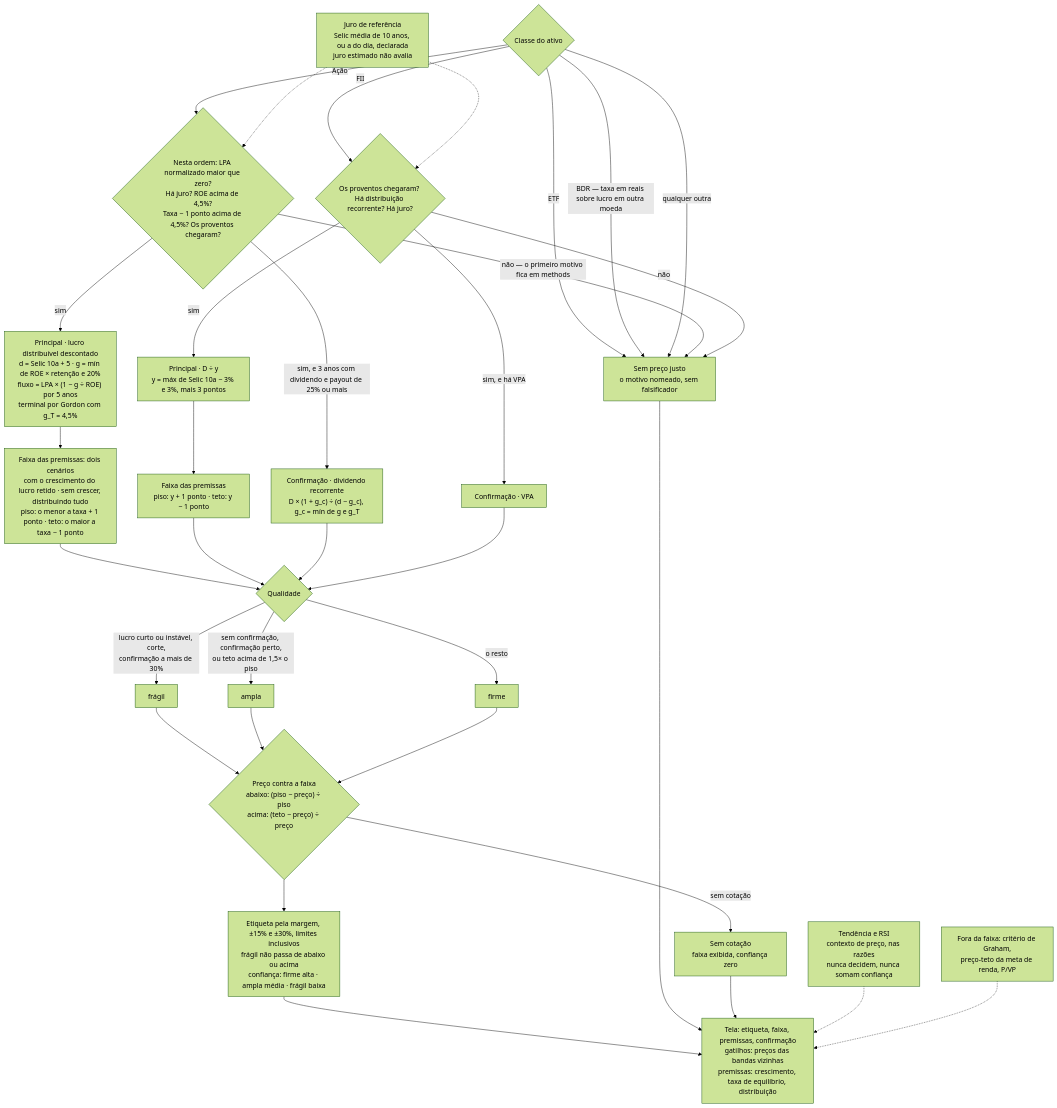
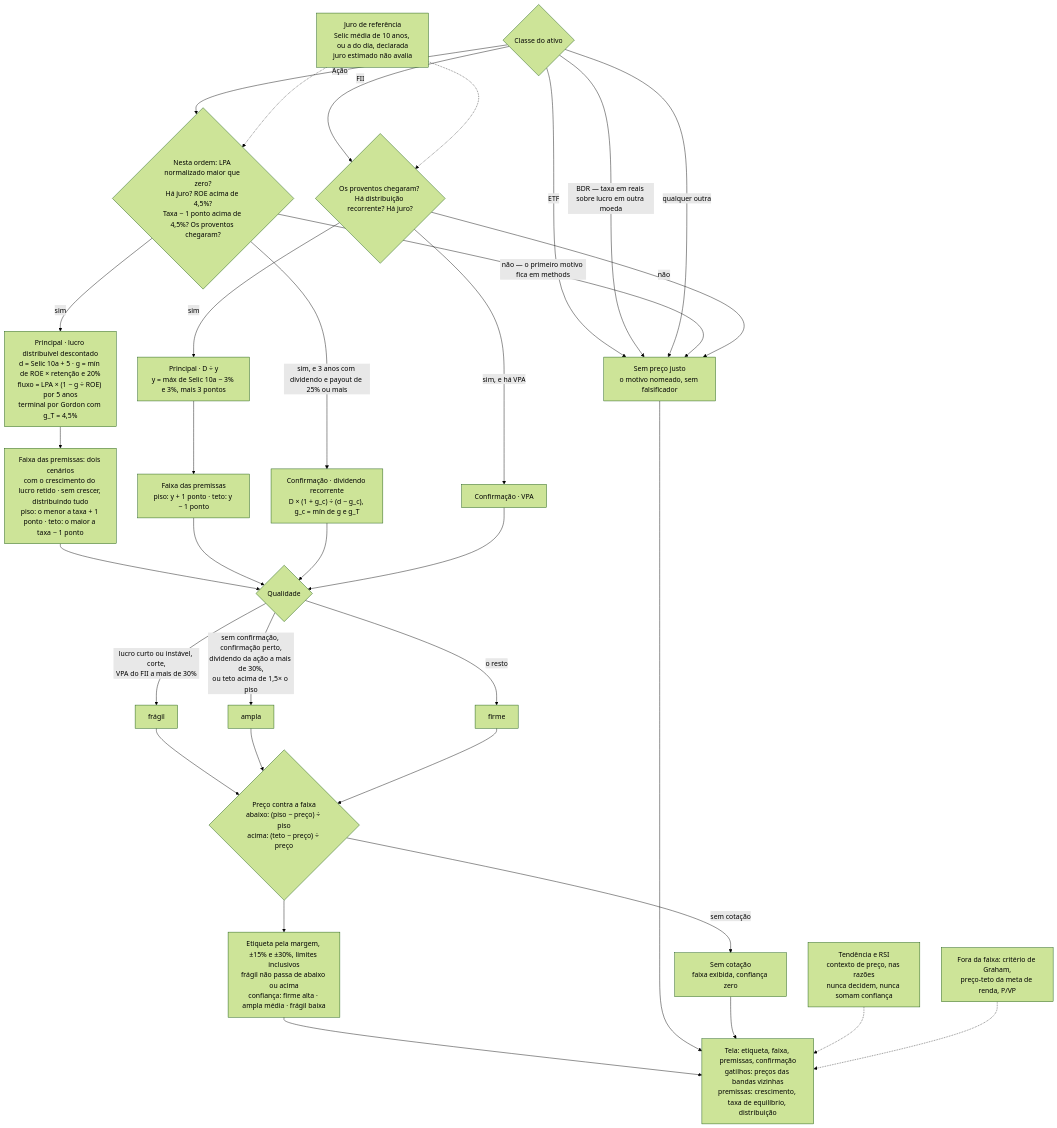
One commit to leodavilats/fiance changed the diagram in docs/04-CALCULOS.md. Above: the diagram before and after it, drawn with Mermaid (forest theme). The commit also changed other lines of this file and 8 other files, not shown here.

First line of the commit message:
feat: na ação, o dividendo longe da faixa alarga a leitura, e não a derruba

````diff
--- a/docs/04-CALCULOS.md
+++ b/docs/04-CALCULOS.md
@@ -338,55 +343,55 @@
 ```mermaid
 flowchart TD
     CLS{"Classe do ativo"}
     CLS -->|"ETF"| SEMV
     CLS -->|"BDR — taxa em reais sobre lucro em outra moeda"| SEMV
     CLS -->|"Ação"| QA
     CLS -->|"FII"| QF
     CLS -->|"qualquer outra"| SEMV
 
     JURO["Juro de referência<br/>Selic média de 10 anos, ou a do dia, declarada<br/>juro estimado não avalia"]
     JURO -.-> QA
     JURO -.-> QF
 
     QA{"Nesta ordem: LPA normalizado maior que zero?<br/>Há juro? ROE acima de 4,5%?<br/>Taxa − 1 ponto acima de 4,5%? Os proventos chegaram?"}
     QA -->|"não — o primeiro motivo fica em methods"| SEMV
     QA -->|"sim"| PA["Principal · lucro distribuível descontado<br/>d = Selic 10a + 5 · g = mín de ROE × retenção e 20%<br/>fluxo = LPA × (1 − g ÷ ROE) por 5 anos<br/>terminal por Gordon com g_T = 4,5%"]
     QA -->|"sim, e 3 anos com dividendo e payout de 25% ou mais"| CA["Confirmação · dividendo recorrente<br/>D × (1 + g_c) ÷ (d − g_c), g_c = mín de g e g_T"]
 
     QF{"Os proventos chegaram? Há distribuição recorrente? Há juro?"}
     QF -->|"não"| SEMV
     QF -->|"sim"| PF["Principal · D ÷ y<br/>y = máx de Selic 10a − 3% e 3%, mais 3 pontos"]
     QF -->|"sim, e há VPA"| CF["Confirmação · VPA"]
 
     PA --> FX["Faixa das premissas: dois cenários<br/>com o crescimento do lucro retido · sem crescer, distribuindo tudo<br/>piso: o menor a taxa + 1 ponto · teto: o maior a taxa − 1 ponto"]
     PF --> FX2["Faixa das premissas<br/>piso: y + 1 ponto · teto: y − 1 ponto"]
 
     FX --> QL
     FX2 --> QL
     CA --> QL
     CF --> QL
 
     QL{"Qualidade"}
-    QL -->|"lucro curto ou instável, corte,<br/>confirmação a mais de 30%"| FRA["frágil"]
-    QL -->|"sem confirmação, confirmação perto,<br/>ou teto acima de 1,5× o piso"| AMP["ampla"]
+    QL -->|"lucro curto ou instável, corte,<br/>VPA do FII a mais de 30%"| FRA["frágil"]
+    QL -->|"sem confirmação, confirmação perto,<br/>dividendo da ação a mais de 30%,<br/>ou teto acima de 1,5× o piso"| AMP["ampla"]
     QL -->|"o resto"| FIR["firme"]
 
     FRA --> POS
     AMP --> POS
     FIR --> POS
 
     POS{"Preço contra a faixa<br/>abaixo: (piso − preço) ÷ piso<br/>acima: (teto − preço) ÷ preço"}
     POS -->|"sem cotação"| SCOT["Sem cotação<br/>faixa exibida, confiança zero"]
     POS --> LBL["Etiqueta pela margem, ±15% e ±30%, limites inclusivos<br/>frágil não passa de abaixo ou acima<br/>confiança: firme alta · ampla média · frágil baixa"]
 
     SEMV["Sem preço justo<br/>o motivo nomeado, sem falsificador"]
 
     TEC["Tendência e RSI<br/>contexto de preço, nas razões<br/>nunca decidem, nunca somam confiança"]
     IND["Fora da faixa: critério de Graham,<br/>preço-teto da meta de renda, P/VP"]
 
     LBL --> OUT["Tela: etiqueta, faixa, premissas, confirmação<br/>gatilhos: preços das bandas vizinhas<br/>premissas: crescimento, taxa de equilíbrio, distribuição"]
     SEMV --> OUT
     SCOT --> OUT
     TEC -.-> OUT
     IND -.-> OUT
 ```
````
